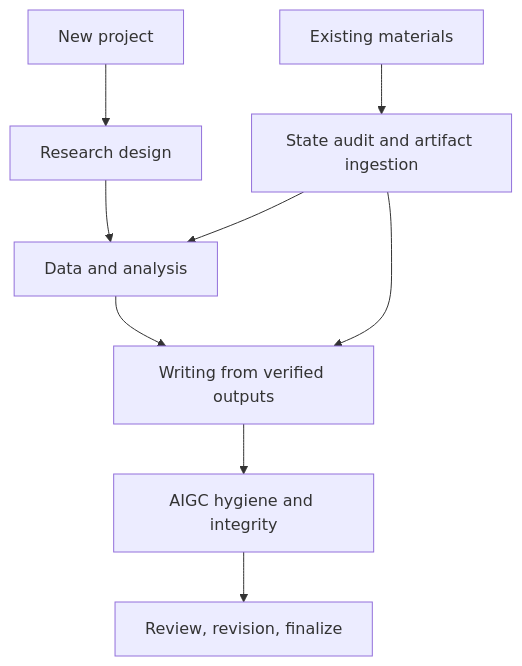
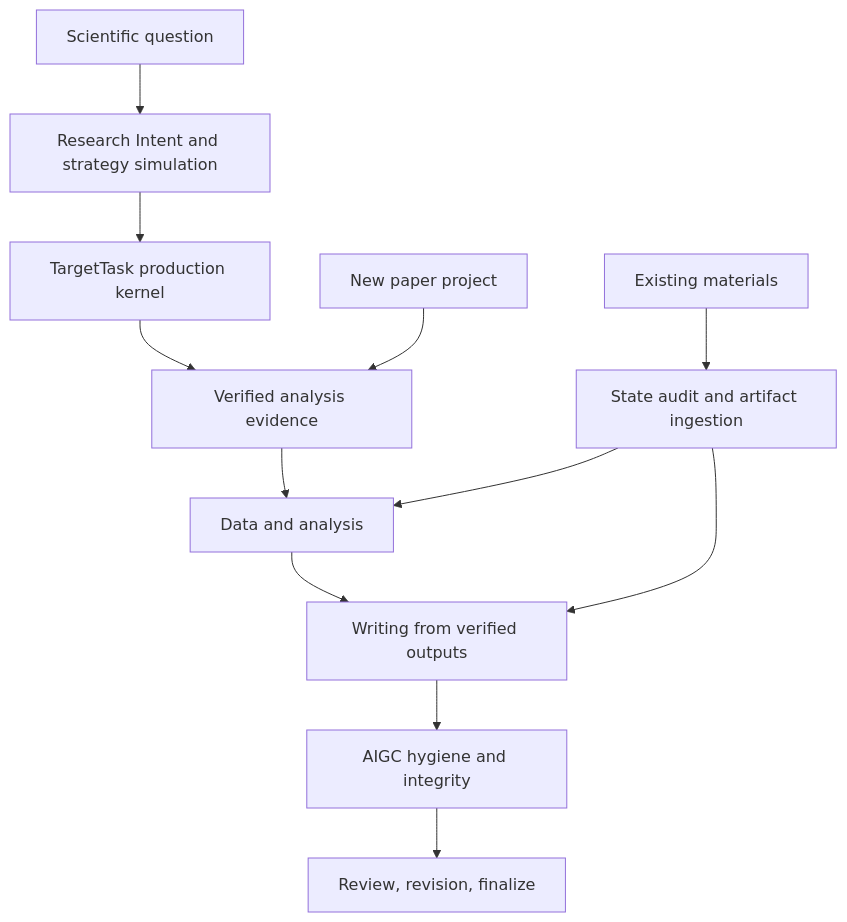
The diagram in WORKFLOW_PATTERNS.md (anthonyvmppg3yigdt33kp-lang/ResearchPaperWorkflow), drawn with Mermaid before and after one commit. The commit also changed other lines of this file and 62 other files, not shown here.

````diff
--- a/WORKFLOW_PATTERNS.md
+++ b/WORKFLOW_PATTERNS.md
@@ -9,11 +10,14 @@
 ```mermaid
 flowchart TB
-    N["New project"] --> R["Research design"]
+    I["Scientific question"] --> RI["Research Intent and strategy simulation"]
+    RI --> T["TargetTask production kernel"]
+    T --> R["Verified analysis evidence"]
+    N["New paper project"] --> R
     R --> A["Data and analysis"]
     A --> W["Writing from verified outputs"]
     W --> Q["AIGC hygiene and integrity"]
     Q --> V["Review, revision, finalize"]
     E["Existing materials"] --> X["State audit and artifact ingestion"]
     X --> A
     X --> W
 ```
````
